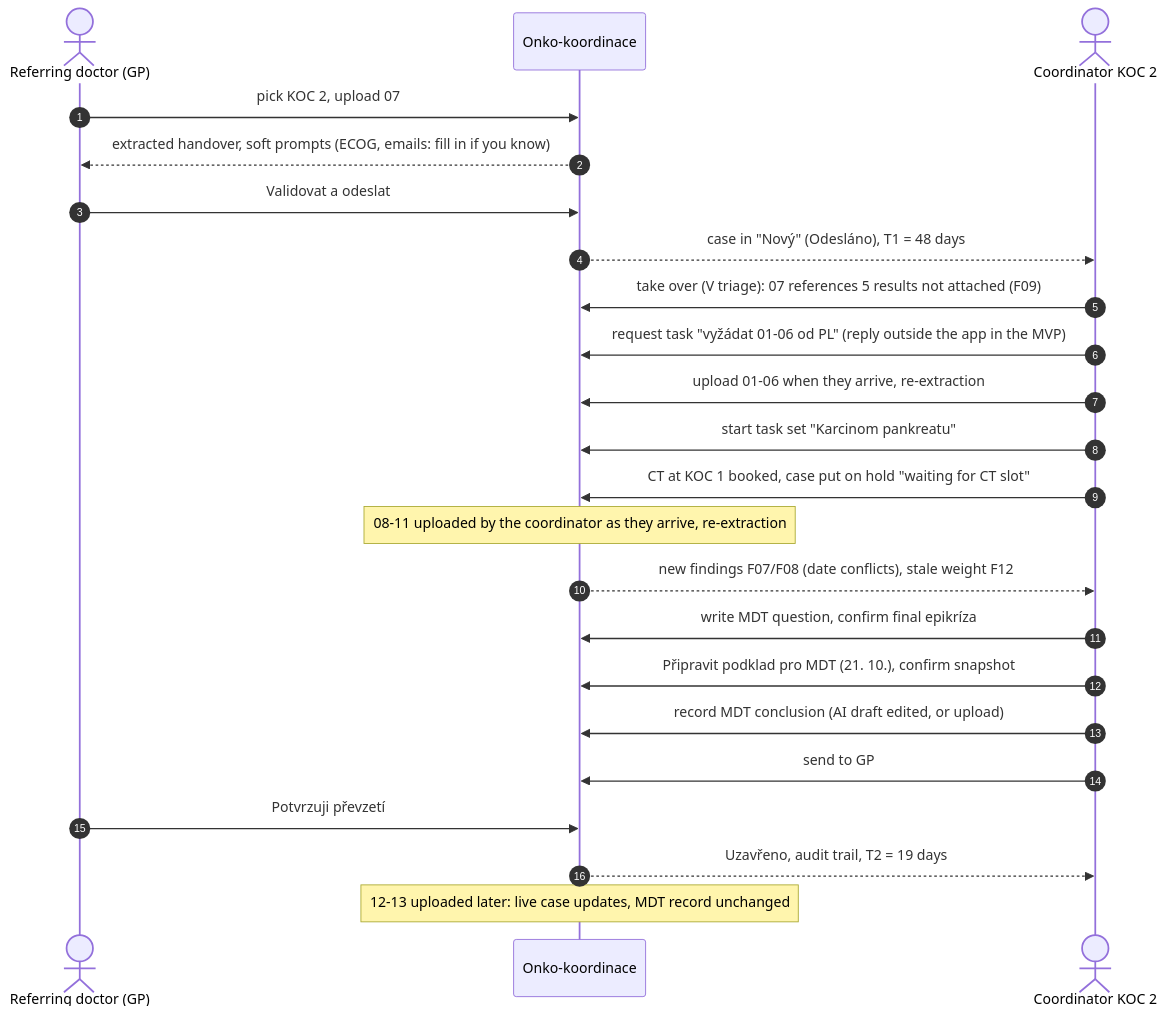
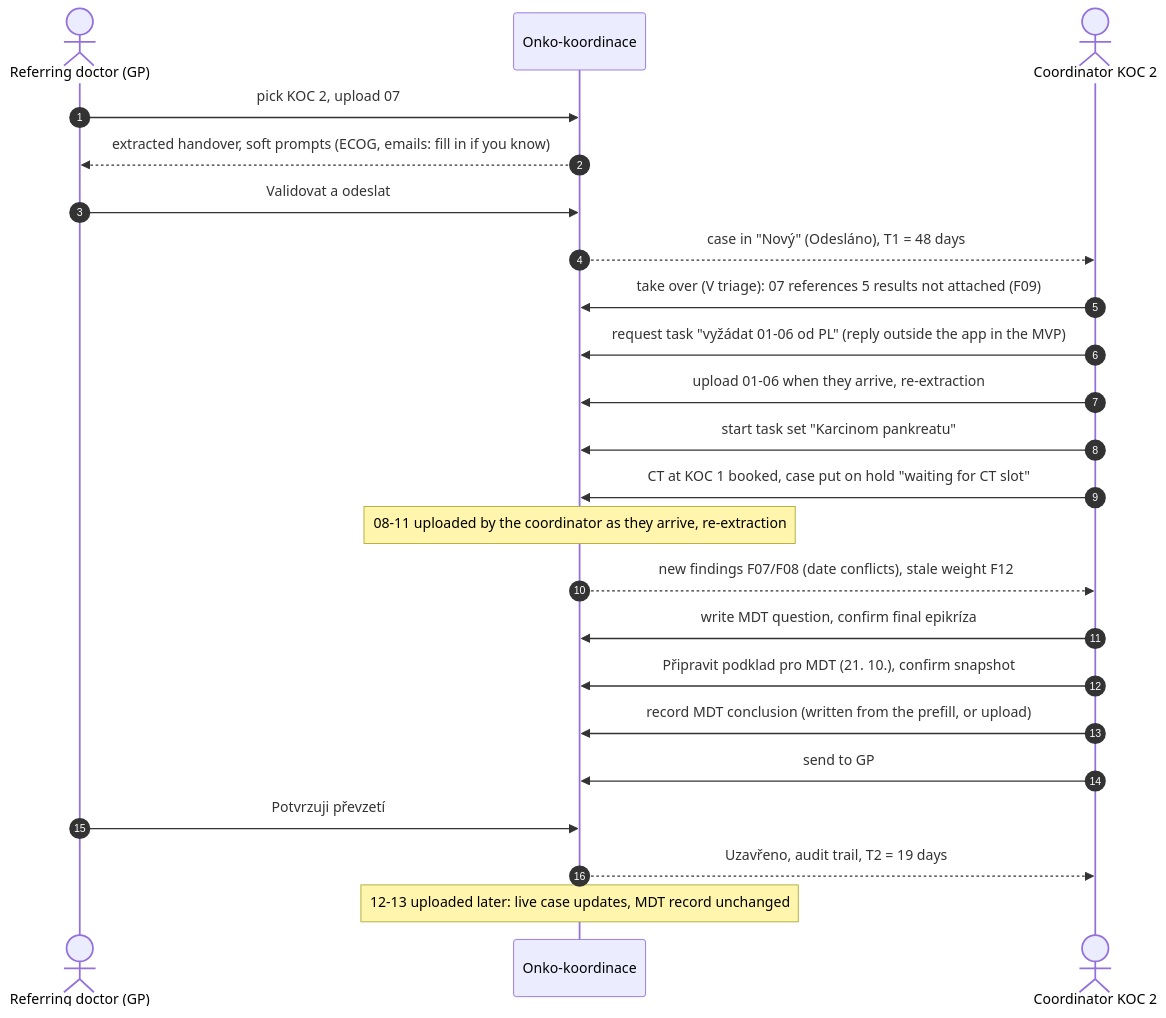
Before and after one commit to darkmackov/AI-Rackathon2026-Nessio: the diagram in docs/demo-script.md, drawn with Mermaid. The commit also changed other lines of this file and 48 other files, not shown here.

````diff
--- a/docs/demo-script.md
+++ b/docs/demo-script.md
@@ -8,25 +8,25 @@
 ```mermaid
 sequenceDiagram
   autonumber
   actor GP as Referring doctor (GP)
   participant App as Onko-koordinace
   actor K as Coordinator KOC 2
   GP->>App: pick KOC 2, upload 07
   App-->>GP: extracted handover, soft prompts (ECOG, emails: fill in if you know)
   GP->>App: Validovat a odeslat
   App-->>K: case in "Nový" (Odesláno), T1 = 48 days
   K->>App: take over (V triage): 07 references 5 results not attached (F09)
   K->>App: request task "vyžádat 01-06 od PL" (reply outside the app in the MVP)
   K->>App: upload 01-06 when they arrive, re-extraction
   K->>App: start task set "Karcinom pankreatu"
   K->>App: CT at KOC 1 booked, case put on hold "waiting for CT slot"
   Note over App: 08-11 uploaded by the coordinator as they arrive, re-extraction
   App-->>K: new findings F07/F08 (date conflicts), stale weight F12
   K->>App: write MDT question, confirm final epikríza
   K->>App: Připravit podklad pro MDT (21. 10.), confirm snapshot
-  K->>App: record MDT conclusion (AI draft edited, or upload)
+  K->>App: record MDT conclusion (written from the prefill, or upload)
   K->>App: send to GP
   GP->>App: Potvrzuji převzetí
   App-->>K: Uzavřeno, audit trail, T2 = 19 days
   Note over App: 12-13 uploaded later: live case updates, MDT record unchanged
 ```
````
